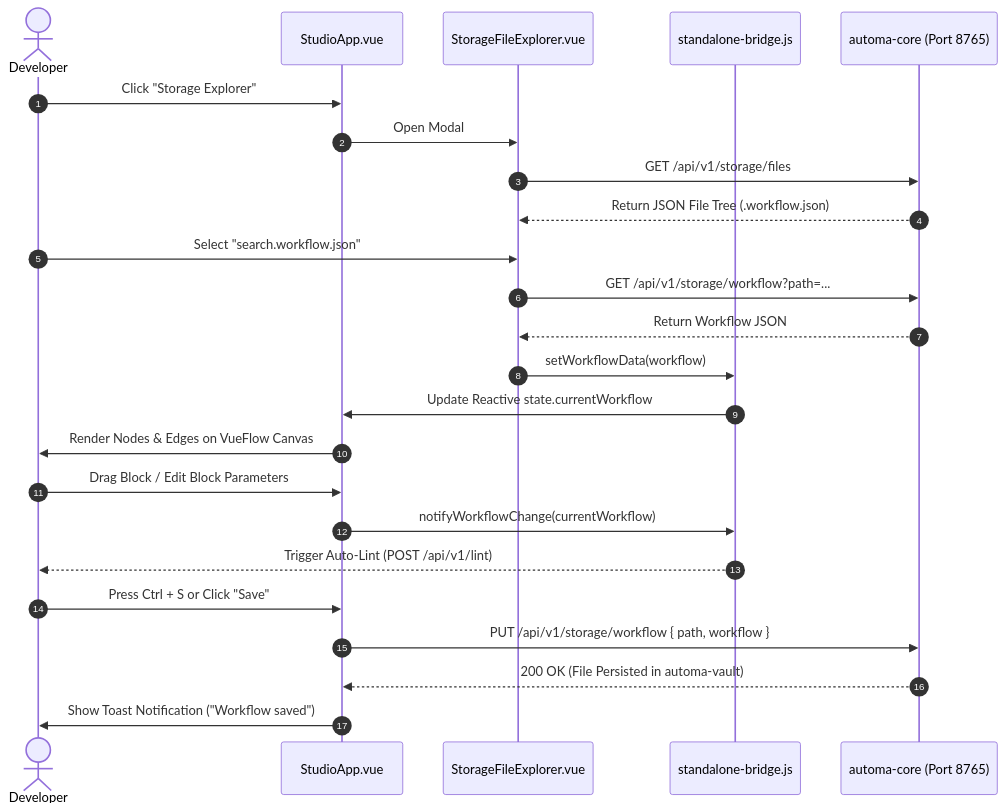
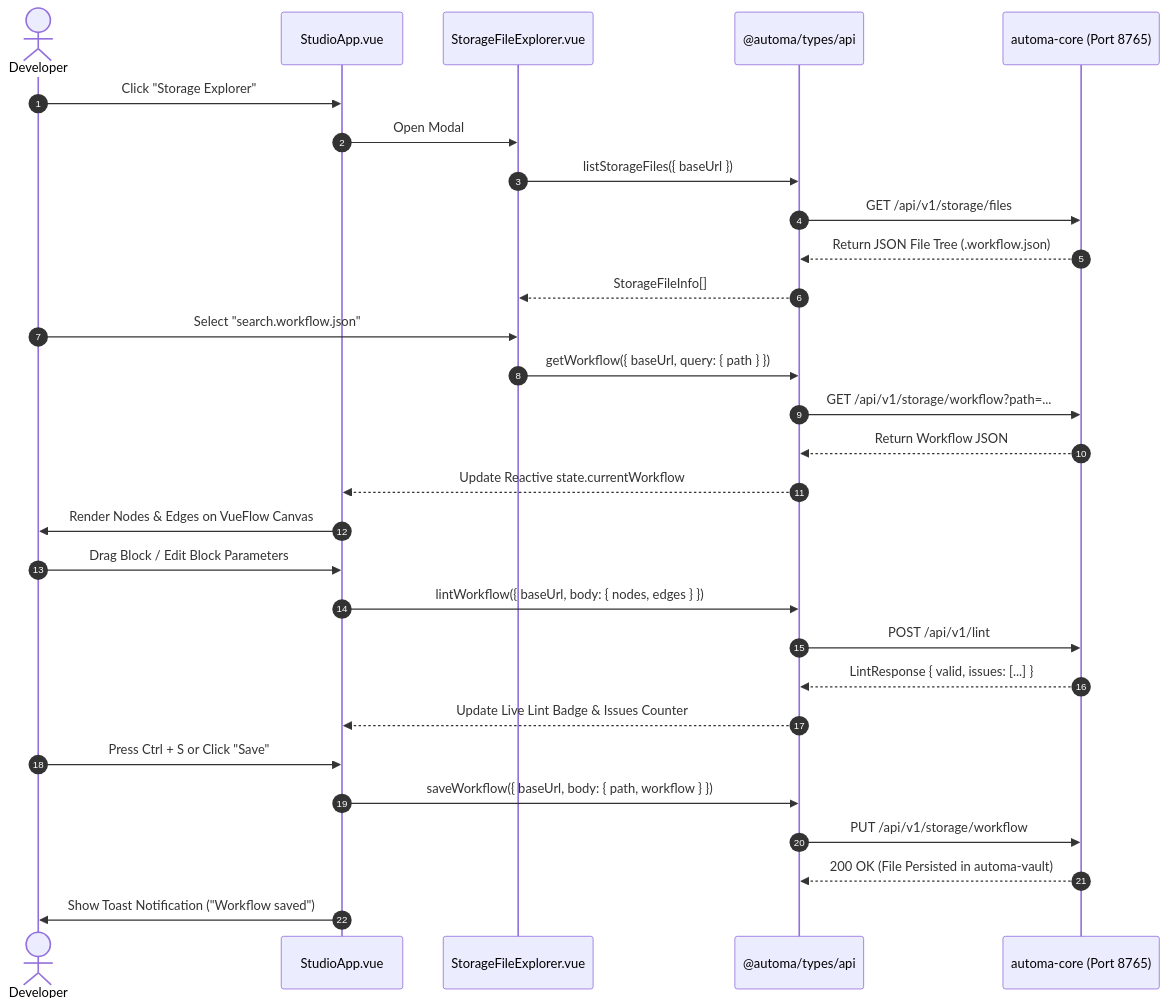
One commit to tuquet/automa-webe changed the third of 4 diagrams in src/studio/SRS.md. Above: the diagram before and after it, drawn with Mermaid. The commit also changed other lines of this file and 12 other files, not shown here.

Commit message:
refactor(studio): restructure into clean architecture with components, composables, and adapters

````diff
--- a/src/studio/SRS.md
+++ b/src/studio/SRS.md
@@ -173,29 +246,34 @@
 ```mermaid
 sequenceDiagram
     autonumber
     actor Dev as Developer
     participant UI as StudioApp.vue
     participant Explorer as StorageFileExplorer.vue
-    participant Bridge as standalone-bridge.js
+    participant SDK as @automa/types/api
     participant Core as automa-core (Port 8765)
 
     Dev->>UI: Click "Storage Explorer"
     UI->>Explorer: Open Modal
-    Explorer->>Core: GET /api/v1/storage/files
-    Core-->>Explorer: Return JSON File Tree (.workflow.json)
+    Explorer->>SDK: listStorageFiles({ baseUrl })
+    SDK->>Core: GET /api/v1/storage/files
+    Core-->>SDK: Return JSON File Tree (.workflow.json)
+    SDK-->>Explorer: StorageFileInfo[]
     Dev->>Explorer: Select "search.workflow.json"
-    Explorer->>Core: GET /api/v1/storage/workflow?path=...
-    Core-->>Explorer: Return Workflow JSON
-    Explorer->>Bridge: setWorkflowData(workflow)
-    Bridge->>UI: Update Reactive state.currentWorkflow
+    Explorer->>SDK: getWorkflow({ baseUrl, query: { path } })
+    SDK->>Core: GET /api/v1/storage/workflow?path=...
+    Core-->>SDK: Return Workflow JSON
+    SDK-->>UI: Update Reactive state.currentWorkflow
     UI->>Dev: Render Nodes & Edges on VueFlow Canvas
 
     Dev->>UI: Drag Block / Edit Block Parameters
-    UI->>Bridge: notifyWorkflowChange(currentWorkflow)
-    Bridge-->>Dev: Trigger Auto-Lint (POST /api/v1/lint)
+    UI->>SDK: lintWorkflow({ baseUrl, body: { nodes, edges } })
+    SDK->>Core: POST /api/v1/lint
+    Core-->>SDK: LintResponse { valid, issues: [...] }
+    SDK-->>UI: Update Live Lint Badge & Issues Counter
 
     Dev->>UI: Press Ctrl + S or Click "Save"
-    UI->>Core: PUT /api/v1/storage/workflow { path, workflow }
-    Core-->>UI: 200 OK (File Persisted in automa-vault)
+    UI->>SDK: saveWorkflow({ baseUrl, body: { path, workflow } })
+    SDK->>Core: PUT /api/v1/storage/workflow
+    Core-->>SDK: 200 OK (File Persisted in automa-vault)
     UI->>Dev: Show Toast Notification ("Workflow saved")
 ```
````
